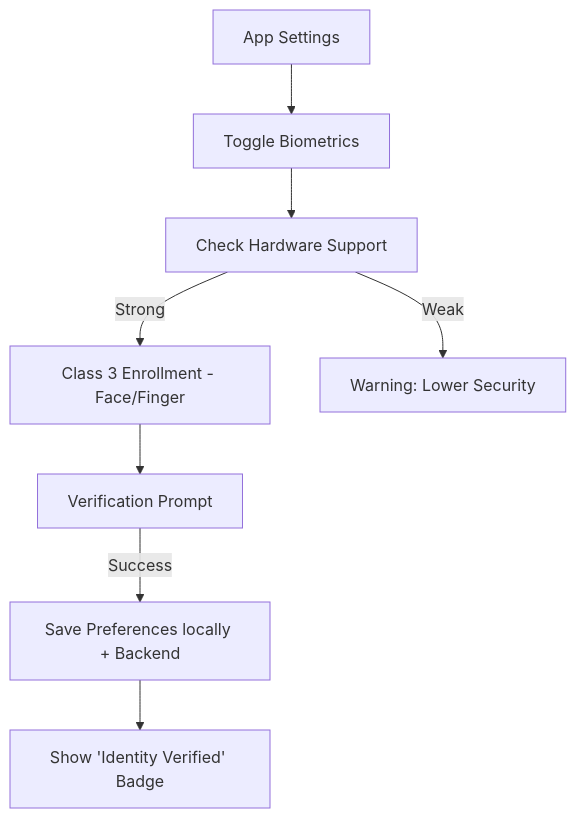
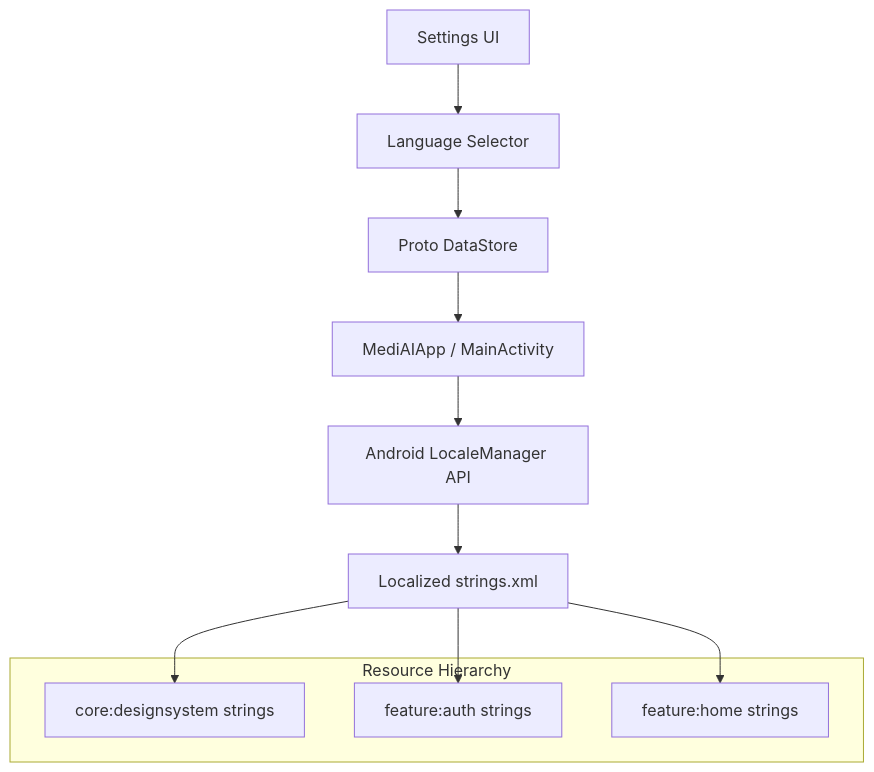
Before and after one commit to KotlinFiroj/Ai-HealthCare-App: the diagram in .artifacts/4dc8775b-7ddf-49a0-b4e6-8fda79cbdfec/implementation_plan.artifact.md, drawn with Mermaid. The commit also changed other lines of this file and 14 other files, not shown here.

Commit message:
Implement Phase 37: Multi-Language Support & Internationalization; create settings module for user preferences; add language selection UI with dynamic locale management; define localized resources for English, Spanish, and Arabic; ensure RTL compatibility for Arabic layout.

````diff
--- a/.artifacts/4dc8775b-7ddf-49a0-b4e6-8fda79cbdfec/implementation_plan.artifact.md
+++ b/.artifacts/4dc8775b-7ddf-49a0-b4e6-8fda79cbdfec/implementation_plan.artifact.md
@@ -40,10 +50,18 @@
 ```mermaid
 graph TD
-    User[App Settings] --> Select[Toggle Biometrics]
-    Select --> Check[Check Hardware Support]
-    Check -->|Strong| Enroll[Class 3 Enrollment - Face/Finger]
-    Check -->|Weak| Warning[Warning: Lower Security]
-    Enroll --> Verify[Verification Prompt]
-    Verify -->|Success| Save[Save Preferences locally + Backend]
-    Save --> Badge[Show 'Identity Verified' Badge]
+    User[Settings UI] --> Selector[Language Selector]
+    Selector --> DataStore[Proto DataStore]
+    DataStore --> App[MediAIApp / MainActivity]
+    App --> LocaleManager[Android LocaleManager API]
+    LocaleManager --> Resources[Localized strings.xml]
+
+    subgraph Resource Hierarchy
+        CoreStrings[core:designsystem strings]
+        AuthStrings[feature:auth strings]
+        HomeStrings[feature:home strings]
+    end
+
+    Resources --> CoreStrings
+    Resources --> AuthStrings
+    Resources --> HomeStrings
 ```
````
